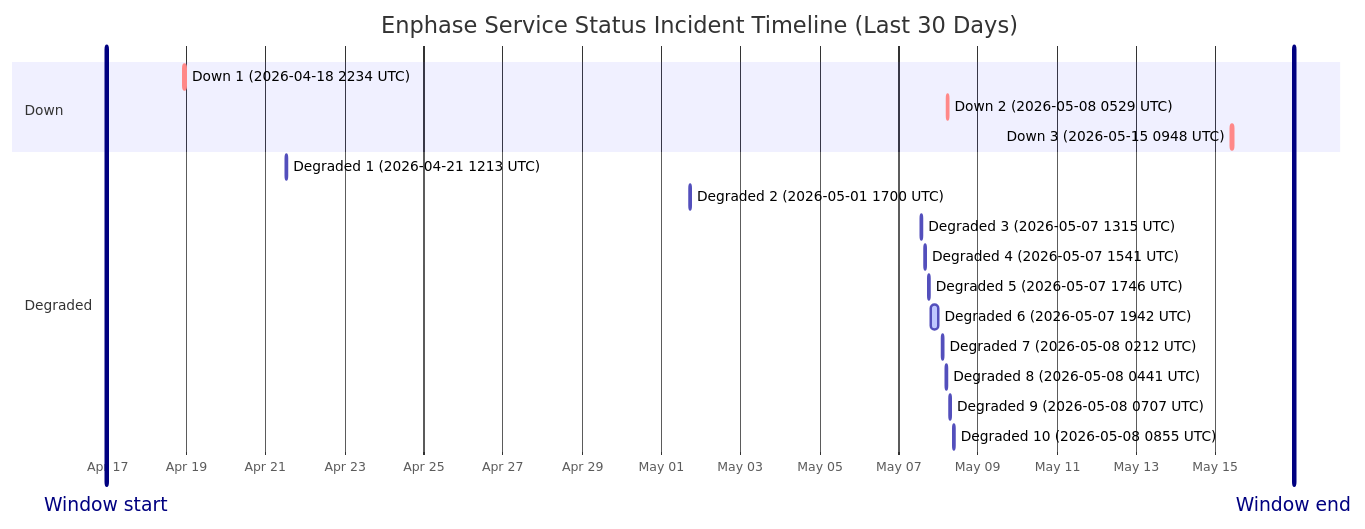
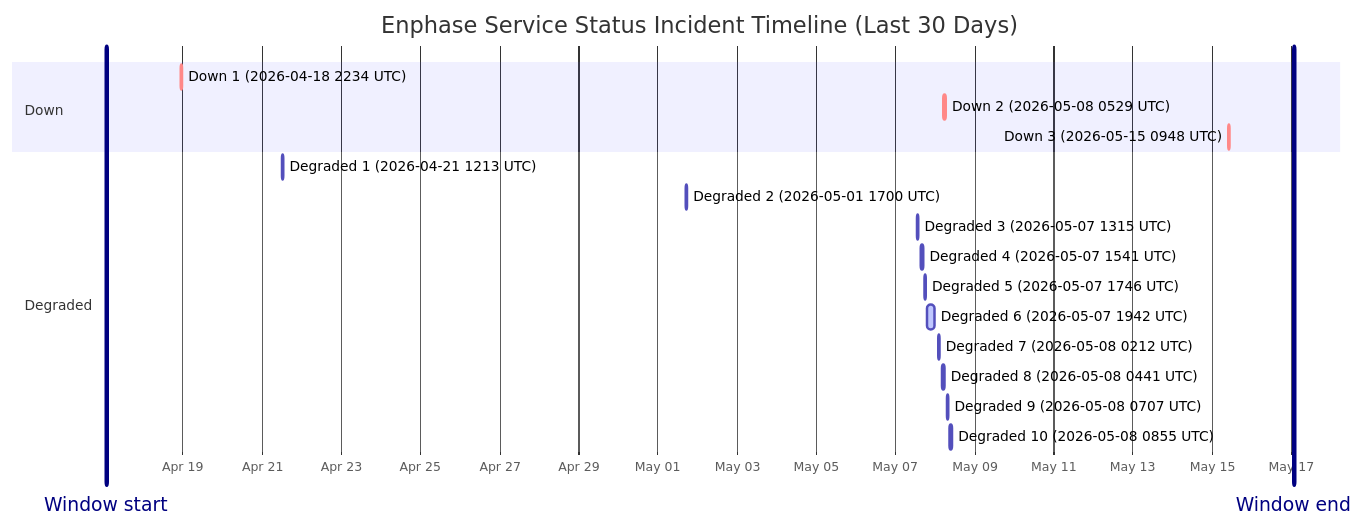
One commit to barneyonline/ha-enphase-ev-charger changed the diagram in wiki/Service-Status-History.md. Above: the diagram before and after it, drawn with Mermaid. The commit also changed other lines of this file and 3 other files, not shown here.

````diff
--- a/wiki/Service-Status-History.md
+++ b/wiki/Service-Status-History.md
@@ -14,23 +14,23 @@
 ```mermaid
 gantt
     title Enphase Service Status Incident Timeline (Last 30 Days)
     dateFormat  YYYY-MM-DDTHH:mm:ss
     axisFormat  %b %d
-    Window start :vert, window-start, 2026-04-16T23:26:20, 0ms
-    Window end :vert, window-end, 2026-05-16T23:26:20, 0ms
+    Window start :vert, window-start, 2026-04-17T01:24:01, 0ms
+    Window end :vert, window-end, 2026-05-17T01:24:01, 0ms
     section Down
     Down 1 (2026-04-18 2234 UTC) :crit, down-1, 2026-04-18T22:34:13, 60m
     Down 2 (2026-05-08 0529 UTC) :crit, down-2, 2026-05-08T05:29:47, 60m
     Down 3 (2026-05-15 0948 UTC) :crit, down-3, 2026-05-15T09:48:18, 60m
     section Degraded
     Degraded 1 (2026-04-21 1213 UTC) :active, degraded-1, 2026-04-21T12:13:11, 60m
     Degraded 2 (2026-05-01 1700 UTC) :active, degraded-2, 2026-05-01T17:00:22, 60m
     Degraded 3 (2026-05-07 1315 UTC) :active, degraded-3, 2026-05-07T13:15:25, 60m
     Degraded 4 (2026-05-07 1541 UTC) :active, degraded-4, 2026-05-07T15:41:58, 60m
     Degraded 5 (2026-05-07 1746 UTC) :active, degraded-5, 2026-05-07T17:46:51, 60m
     Degraded 6 (2026-05-07 1942 UTC) :active, degraded-6, 2026-05-07T19:42:10, 249m
     Degraded 7 (2026-05-08 0212 UTC) :active, degraded-7, 2026-05-08T02:12:39, 60m
     Degraded 8 (2026-05-08 0441 UTC) :active, degraded-8, 2026-05-08T04:41:46, 60m
     Degraded 9 (2026-05-08 0707 UTC) :active, degraded-9, 2026-05-08T07:07:30, 60m
     Degraded 10 (2026-05-08 0855 UTC) :active, degraded-10, 2026-05-08T08:55:20, 88m
 ```
````
